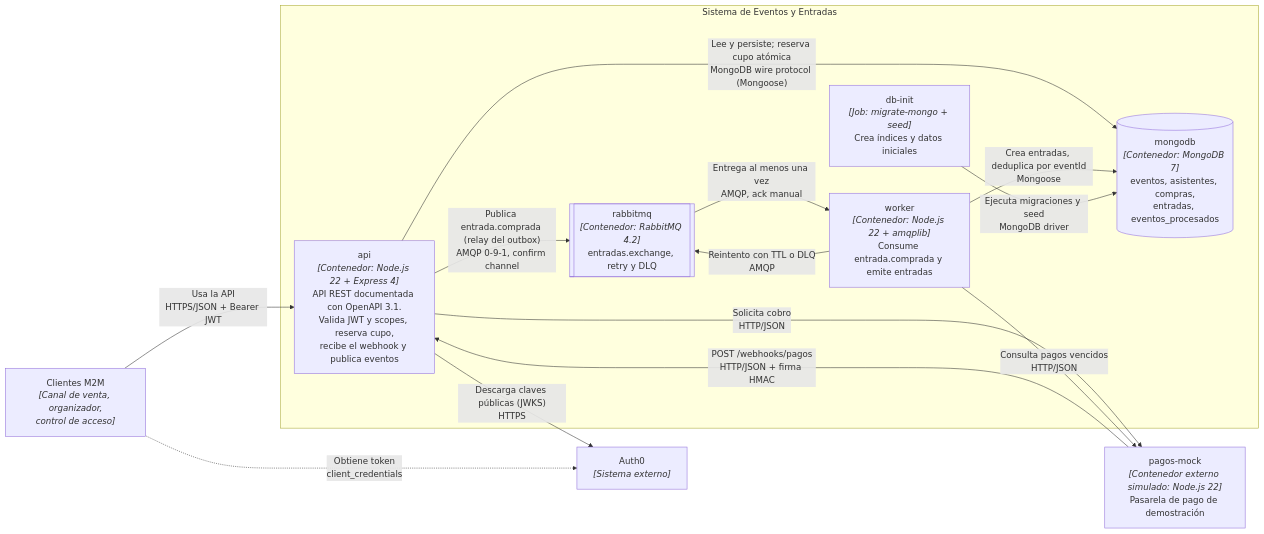
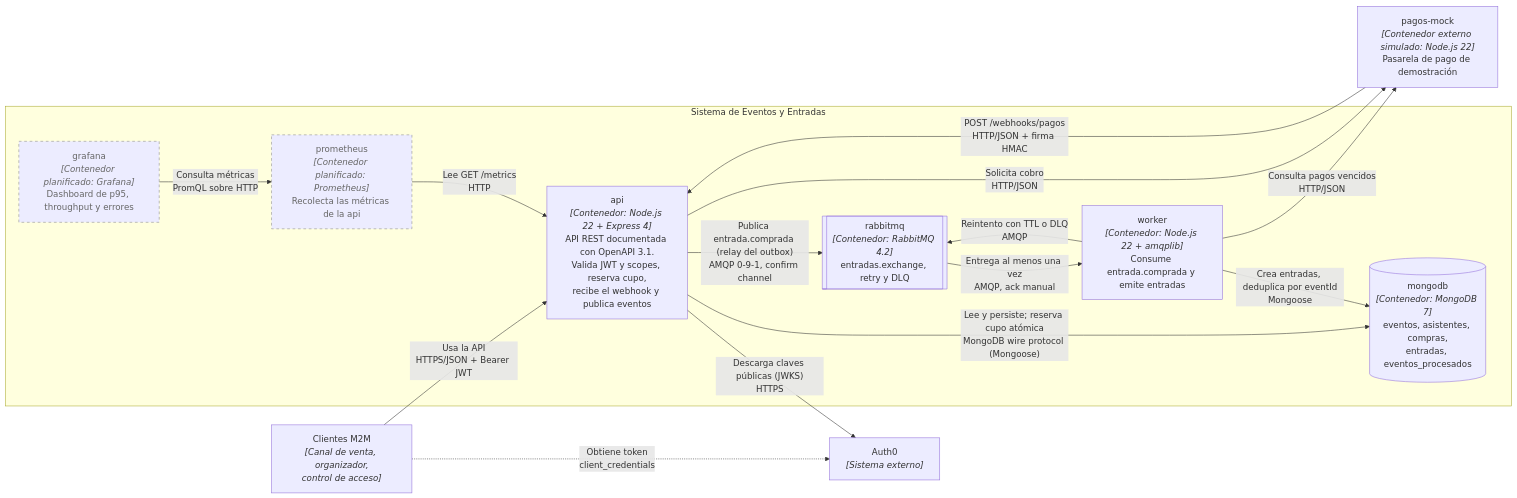
Before and after one commit to Juan-C-Ceballos/iaew-eventos-entradas: the diagram in docs/c4-container.md, drawn with Mermaid. The commit also changed other lines of this file and 4 other files, not shown here.

First line of the commit message:
[UPD] Diagramas C4: db-init fuera, sin sendError, lo planificado marcado y leyendas

````diff
--- a/docs/c4-container.md
+++ b/docs/c4-container.md
@@ -5,27 +5,32 @@
 ```mermaid
 flowchart LR
   clientes["Clientes M2M<br/><i>[Canal de venta, organizador,<br/>control de acceso]</i>"]
   auth0["Auth0<br/><i>[Sistema externo]</i>"]
   pagos["pagos-mock<br/><i>[Contenedor externo simulado: Node.js 22]</i><br/>Pasarela de pago de demostración"]
 
   subgraph sistema["Sistema de Eventos y Entradas"]
     api["api<br/><i>[Contenedor: Node.js 22 + Express 4]</i><br/>API REST documentada con OpenAPI 3.1.<br/>Valida JWT y scopes, reserva cupo,<br/>recibe el webhook y publica eventos"]
     worker["worker<br/><i>[Contenedor: Node.js 22 + amqplib]</i><br/>Consume entrada.comprada y emite entradas"]
     mongodb[("mongodb<br/><i>[Contenedor: MongoDB 7]</i><br/>eventos, asistentes, compras,<br/>entradas, eventos_procesados")]
     rabbitmq[["rabbitmq<br/><i>[Contenedor: RabbitMQ 4.2]</i><br/>entradas.exchange, retry y DLQ"]]
-    dbinit["db-init<br/><i>[Job: migrate-mongo + seed]</i><br/>Crea índices y datos iniciales"]
+    prometheus["prometheus<br/><i>[Contenedor planificado: Prometheus]</i><br/>Recolecta las métricas de la api"]
+    grafana["grafana<br/><i>[Contenedor planificado: Grafana]</i><br/>Dashboard de p95, throughput y errores"]
   end
 
   clientes -->|"Usa la API<br/>HTTPS/JSON + Bearer JWT"| api
   clientes -.->|"Obtiene token<br/>client_credentials"| auth0
   api -->|"Descarga claves públicas (JWKS)<br/>HTTPS"| auth0
   api -->|"Lee y persiste; reserva cupo atómica<br/>MongoDB wire protocol (Mongoose)"| mongodb
   api -->|"Publica entrada.comprada (relay del outbox)<br/>AMQP 0-9-1, confirm channel"| rabbitmq
   api -->|"Solicita cobro<br/>HTTP/JSON"| pagos
   pagos -->|"POST /webhooks/pagos<br/>HTTP/JSON + firma HMAC"| api
   rabbitmq -->|"Entrega al menos una vez<br/>AMQP, ack manual"| worker
   worker -->|"Crea entradas, deduplica por eventId<br/>Mongoose"| mongodb
   worker -->|"Reintento con TTL o DLQ<br/>AMQP"| rabbitmq
   worker -->|"Consulta pagos vencidos<br/>HTTP/JSON"| pagos
-  dbinit -->|"Ejecuta migraciones y seed<br/>MongoDB driver"| mongodb
+  prometheus -->|"Lee GET /metrics<br/>HTTP"| api
+  grafana -->|"Consulta métricas<br/>PromQL sobre HTTP"| prometheus
+
+  classDef planificado stroke-dasharray: 5 5,stroke:#888,color:#666
+  class prometheus,grafana planificado
 ```
````
